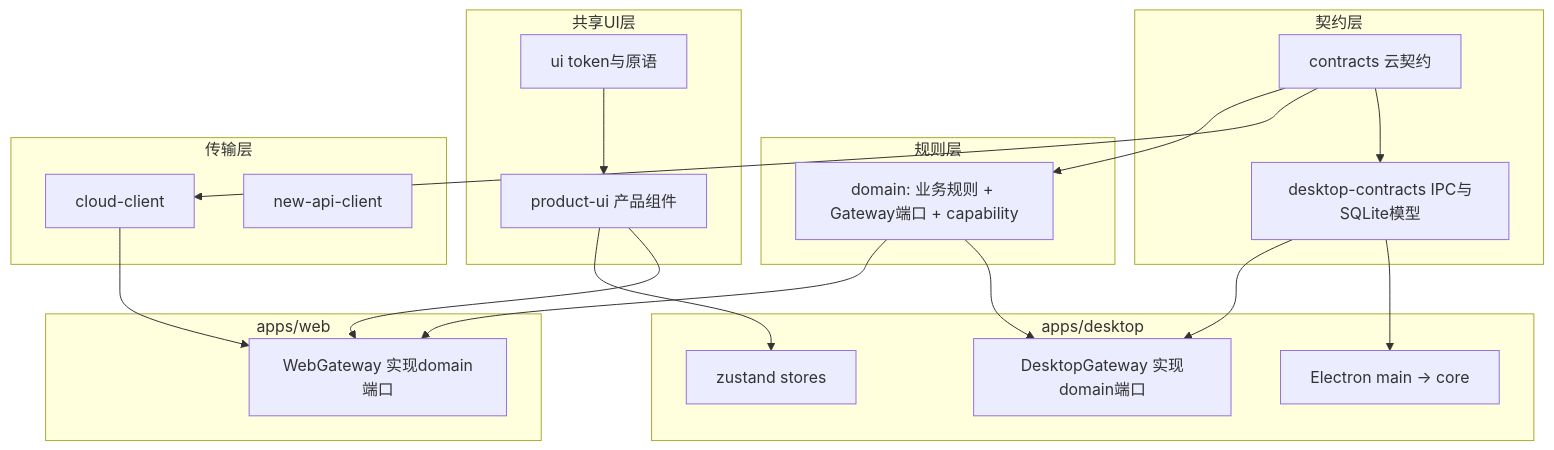
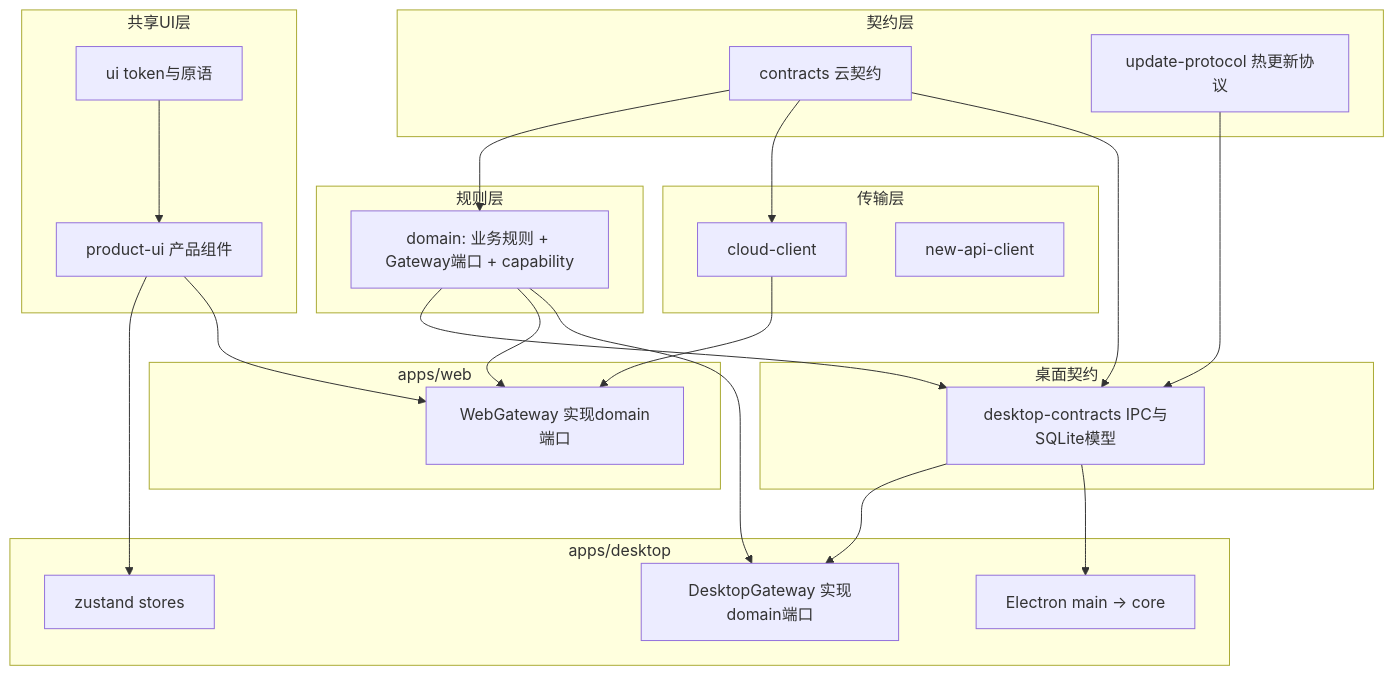
The diagram in docs/v1.2.2/V122-ARCHITECTURE.md (libai1024/Musefold), drawn with Mermaid before and after one commit. The commit also changed other lines of this file and 4 other files, not shown here.

````diff
--- a/docs/v1.2.2/V122-ARCHITECTURE.md
+++ b/docs/v1.2.2/V122-ARCHITECTURE.md
@@ -98,37 +104,42 @@
 ```mermaid
 flowchart TB
   subgraph contractsLayer [契约层]
     contracts[contracts 云契约]
-    desktopContracts[desktop-contracts IPC与SQLite模型]
+    updateProtocol[update-protocol 热更新协议]
   end
   subgraph ruleLayer [规则层]
     domain["domain: 业务规则 + Gateway端口 + capability"]
+  end
+  subgraph desktopContractLayer [桌面契约]
+    desktopContracts[desktop-contracts IPC与SQLite模型]
   end
   subgraph uiLayer [共享UI层]
     ui[ui token与原语]
     productUi[product-ui 产品组件]
   end
   subgraph transportLayer [传输层]
     cloudClient[cloud-client]
     newApiClient[new-api-client]
   end
   subgraph desktopHost [apps/desktop]
     dGateway["DesktopGateway 实现domain端口"]
     dStores[zustand stores]
     dMain["Electron main → core"]
   end
   subgraph webHost [apps/web]
     wGateway["WebGateway 实现domain端口"]
   end
   contracts --> domain
   contracts --> cloudClient
   contracts --> desktopContracts
+  domain --> desktopContracts
+  updateProtocol --> desktopContracts
   domain --> wGateway
   domain --> dGateway
   ui --> productUi
   productUi --> dStores
   productUi --> wGateway
   desktopContracts --> dGateway
   desktopContracts --> dMain
   cloudClient --> wGateway
 ```
````
